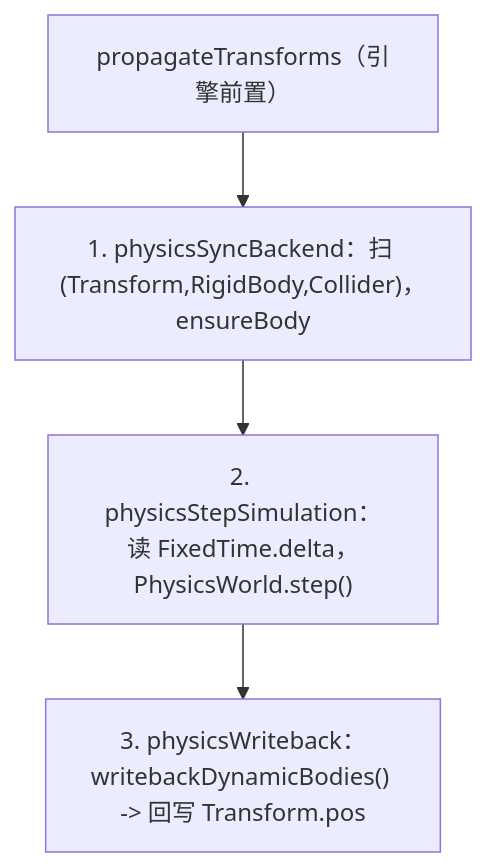
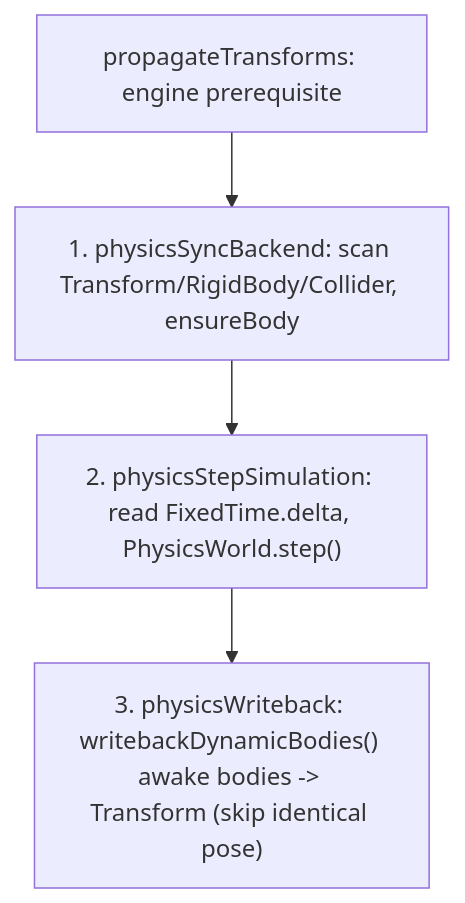
One commit to ForgeaX-Games/forgeax-editor changed the diagram in packages/engine/skills/forgeax-engine-physics/SKILL.md. Above: the diagram before and after it, drawn with Mermaid. The commit also changed other lines of this file and 7023 other files, not shown here.

````diff
--- a/packages/engine/skills/forgeax-engine-physics/SKILL.md
+++ b/packages/engine/skills/forgeax-engine-physics/SKILL.md
@@ -65,6 +65,6 @@
 ```mermaid
 flowchart TD
-  PT["propagateTransforms（引擎前置）"] --> SB["1. physicsSyncBackend：扫 (Transform,RigidBody,Collider)，ensureBody"]
-  SB --> SS["2. physicsStepSimulation：读 FixedTime.delta，PhysicsWorld.step()"]
-  SS --> WB["3. physicsWriteback：writebackDynamicBodies() -> 回写 Transform.pos"]
+  PT["propagateTransforms: engine prerequisite"] --> SB["1. physicsSyncBackend: scan Transform/RigidBody/Collider, ensureBody"]
+  SB --> SS["2. physicsStepSimulation: read FixedTime.delta, PhysicsWorld.step()"]
+  SS --> WB["3. physicsWriteback: writebackDynamicBodies() awake bodies -> Transform (skip identical pose)"]
 ```
````
